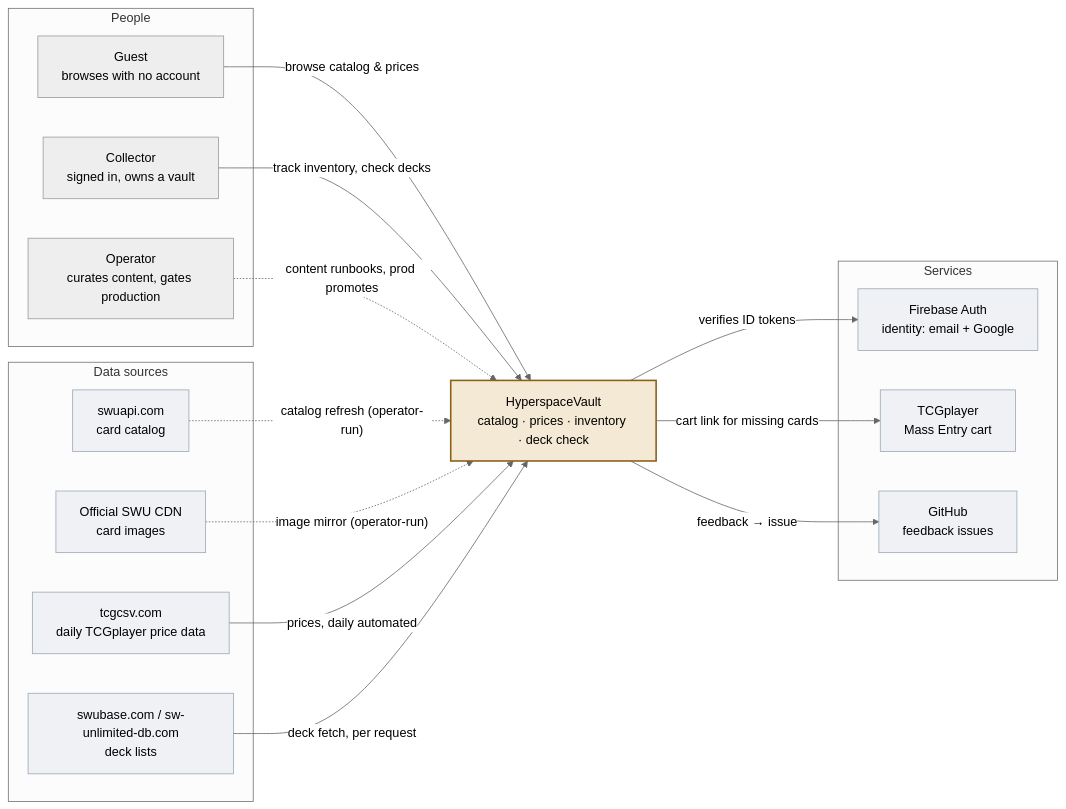
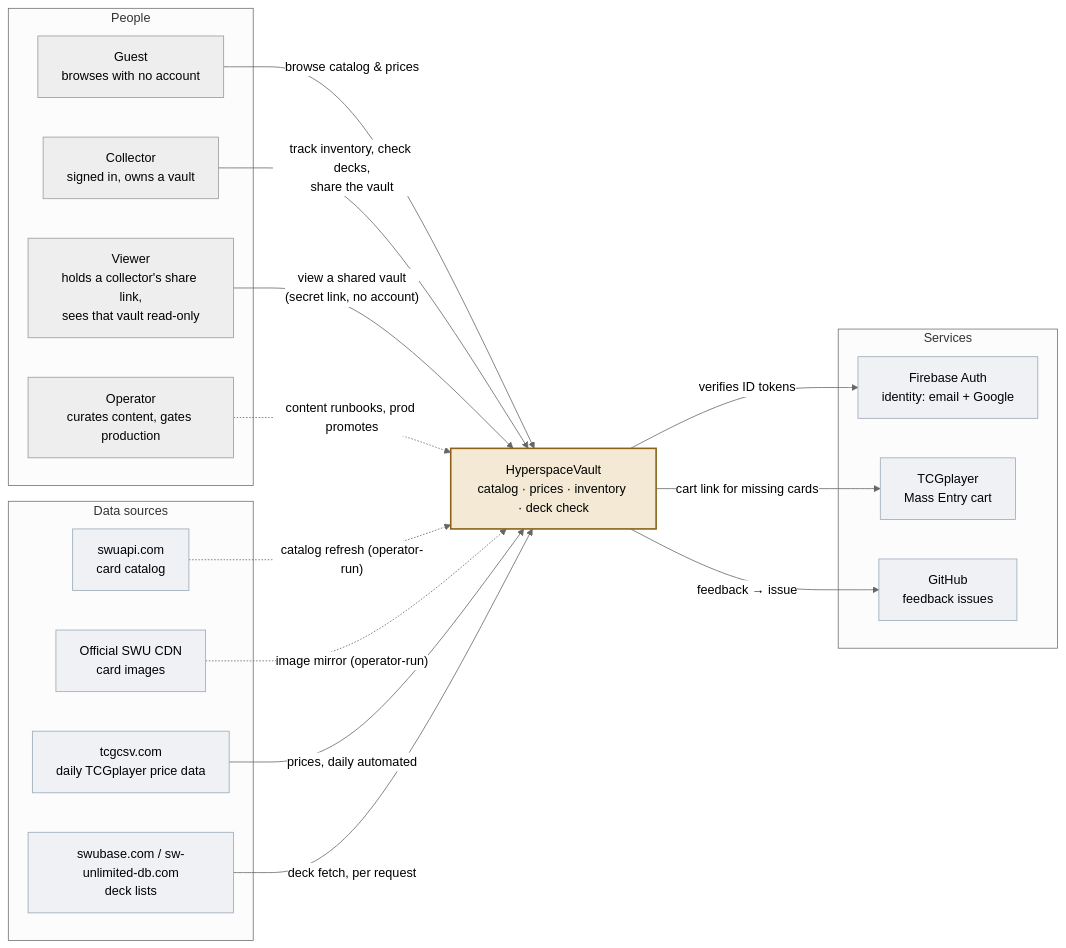
Before and after one commit to whitebreadisu/hyperspacevault: the first of 2 diagrams in specification_documents/architecture/Architecture_Conceptual.md, drawn with Mermaid (neutral theme). The commit also changed other lines of this file and 11 other files, not shown here.

First line of the commit message:
docs: BL-231 accuracy sweep — HISTORY through v1.4, README features, ADR index/0008, spec fixes, architecture regeneration (#156)

````diff
--- a/specification_documents/architecture/Architecture_Conceptual.md
+++ b/specification_documents/architecture/Architecture_Conceptual.md
@@ -15,41 +15,43 @@
 ```mermaid
 flowchart LR
   subgraph people["People"]
     guest["Guest<br/>browses with no account"]
     collector["Collector<br/>signed in, owns a vault"]
+    viewer["Viewer<br/>holds a collector's share link,<br/>sees that vault read-only"]
     operator["Operator<br/>curates content, gates production"]
   end
 
   hv["HyperspaceVault<br/>catalog · prices · inventory · deck check"]
 
   subgraph sources["Data sources"]
     swuapi["swuapi.com<br/>card catalog"]
     swucdn["Official SWU CDN<br/>card images"]
     tcgcsv["tcgcsv.com<br/>daily TCGplayer price data"]
     decksites["swubase.com / sw-unlimited-db.com<br/>deck lists"]
   end
 
   subgraph services["Services"]
     firebase["Firebase Auth<br/>identity: email + Google"]
     tcgp["TCGplayer<br/>Mass Entry cart"]
     github["GitHub<br/>feedback issues"]
   end
 
   guest -->|"browse catalog & prices"| hv
-  collector -->|"track inventory, check decks"| hv
+  collector -->|"track inventory, check decks,<br/>share the vault"| hv
+  viewer -->|"view a shared vault<br/>(secret link, no account)"| hv
   operator -.->|"content runbooks, prod promotes"| hv
 
   swuapi -.->|"catalog refresh (operator-run)"| hv
   swucdn -.->|"image mirror (operator-run)"| hv
   tcgcsv -->|"prices, daily automated"| hv
   decksites -->|"deck fetch, per request"| hv
 
   hv -->|"verifies ID tokens"| firebase
   hv -->|"cart link for missing cards"| tcgp
   hv -->|"feedback → issue"| github
 
   classDef ext fill:#EFF1F4,stroke:#9AA8B6;
   class swuapi,swucdn,tcgcsv,decksites,firebase,tcgp,github ext;
   classDef sys fill:#F3E9D4,stroke:#8A6116,stroke-width:2px;
   class hv sys;
 ```
````
